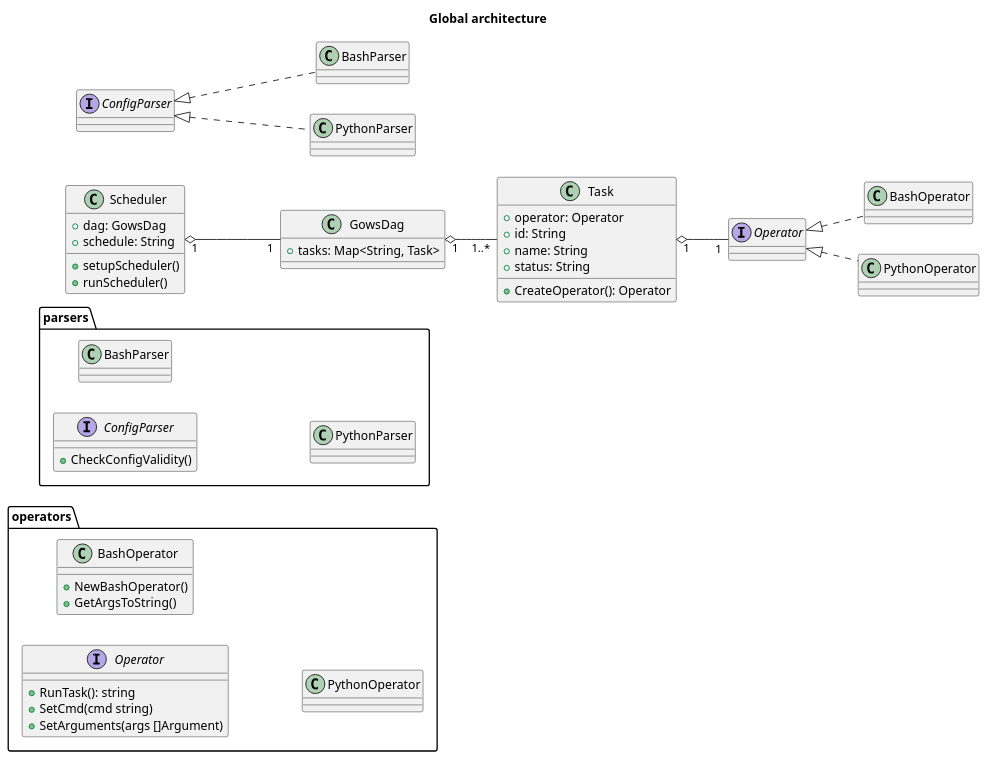
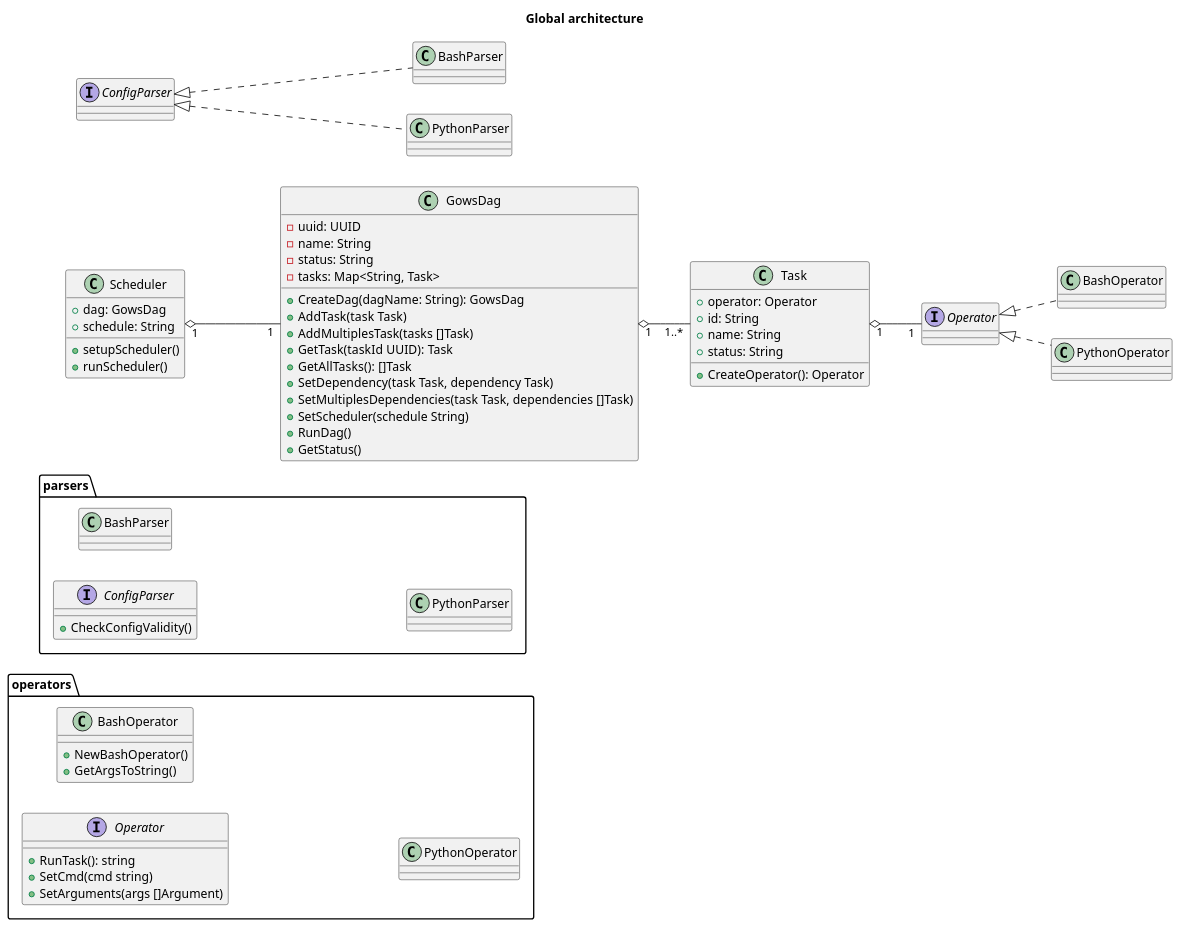
One commit to Fszta/Gows changed the diagram in images/src/global_archi.wsd. Above: the diagram before and after it, drawn with PlantUML. The commit also changed 1 other file, not shown here.

Commit message:
Fix GetStatus() from task.go, save problem attempt 2

```diff
--- a/images/src/global_archi.wsd
+++ b/images/src/global_archi.wsd
@@ -1,69 +1,82 @@
 @startuml
 
 title Global architecture
 
 left to right direction
 
 package operators {
     interface Operator {
         +RunTask(): string
 	    +SetCmd(cmd string)
 	    +SetArguments(args []Argument)
     }
 
     class BashOperator {
         +NewBashOperator()
         +GetArgsToString()
     }
 
     class PythonOperator {
 
     }
 }
 
 package parsers {
     interface ConfigParser {
         +CheckConfigValidity()
     }
     class BashParser {
 
     }
     class PythonParser {
 
     }
 
 }
 
 class GowsDag {
-    +tasks: Map<String, Task>
+    -uuid: UUID
+    -name: String
+    -status: String
+    -tasks: Map<String, Task>
+    +CreateDag(dagName: String): GowsDag
+    +AddTask(task Task)
+    +AddMultiplesTask(tasks []Task)
+    +GetTask(taskId UUID): Task
+    +GetAllTasks(): []Task
+    +SetDependency(task Task, dependency Task)
+    +SetMultiplesDependencies(task Task, dependencies []Task)
+    +SetScheduler(schedule String)
+    +RunDag()
+    +GetStatus()
 }
 
 class Task {
     +operator: Operator
     +id: String
     +name: String
     +status: String
     +CreateOperator(): Operator
 }
 
 class Scheduler {
     +dag: GowsDag
     +schedule: String
     +setupScheduler()
     +runScheduler()
 }
 
 
 
 class BashOperator implements Operator
 class PythonOperator implements Operator
 
 class BashParser implements ConfigParser
 class PythonParser implements ConfigParser
 
 Scheduler "1" o-- "1" GowsDag
 
 GowsDag "1" o-- "1..*" Task
 Task "1" o-- "1" Operator
 
 @enduml
```
